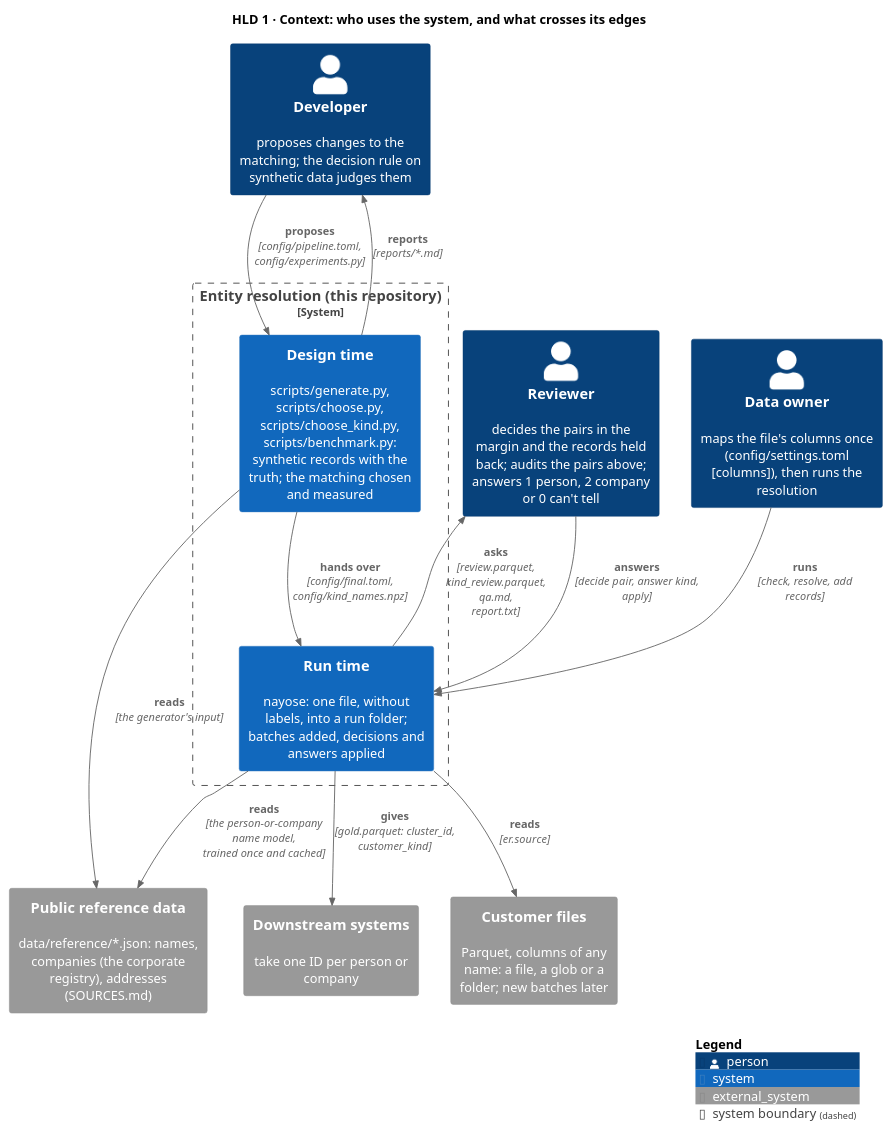
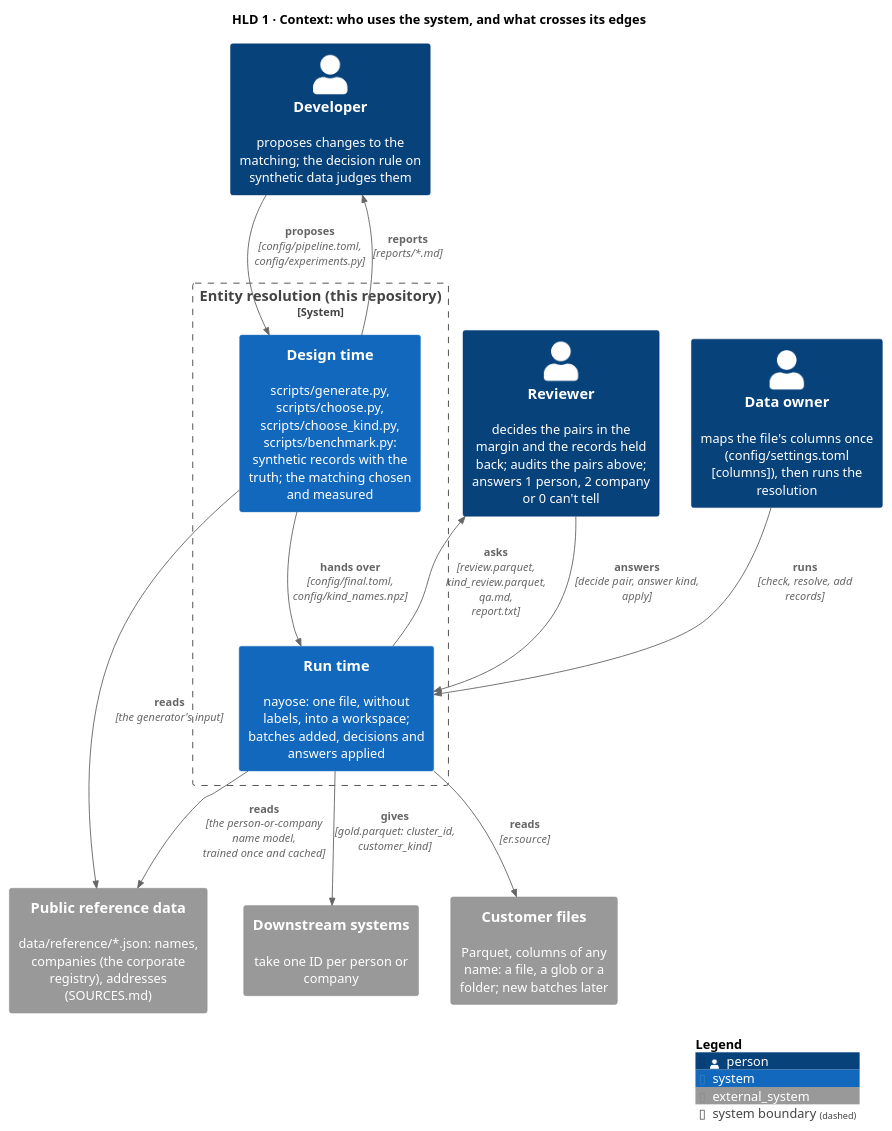
One commit to mvsbm/entity_matching changed the diagram in docs/diagrams/context.puml. Above: the diagram before and after it, drawn with PlantUML. The commit also changed 33 other files, not shown here.

First line of the commit message:
One word for one thing: workspace, on the page and the command line

```diff
--- a/docs/diagrams/context.puml
+++ b/docs/diagrams/context.puml
@@ -1,31 +1,31 @@
 @startuml context
 !include <C4/C4_Context>
 LAYOUT_TOP_DOWN()
 HIDE_STEREOTYPE()
 title HLD 1 · Context: who uses the system, and what crosses its edges
 
 Person(owner, "Data owner", "maps the file's columns once (config/settings.toml [columns]), then runs the resolution")
 Person(reviewer, "Reviewer", "decides the pairs in the margin and the records held back; audits the pairs above; answers 1 person, 2 company or 0 can't tell")
 Person(developer, "Developer", "proposes changes to the matching; the decision rule on synthetic data judges them")
 
 System_Ext(files, "Customer files", "Parquet, columns of any name: a file, a glob or a folder; new batches later")
 System_Ext(reference, "Public reference data", "data/reference/*.json: names, companies (the corporate registry), addresses (SOURCES.md)")
 System_Ext(downstream, "Downstream systems", "take one ID per person or company")
 
 System_Boundary(er, "Entity resolution (this repository)") {
-  System(runtime, "Run time", "nayose: one file, without labels, into a run folder; batches added, decisions and answers applied")
+  System(runtime, "Run time", "nayose: one file, without labels, into a workspace; batches added, decisions and answers applied")
   System(design, "Design time", "scripts/generate.py, scripts/choose.py, scripts/choose_kind.py, scripts/benchmark.py: synthetic records with the truth; the matching chosen and measured")
 }
 
 Rel(owner, runtime, "runs", "check, resolve, add records")
 Rel(runtime, files, "reads", "er.source")
 Rel(runtime, reference, "reads", "the person-or-company name model, trained once and cached")
 Rel(design, reference, "reads", "the generator's input")
 Rel(developer, design, "proposes", "config/pipeline.toml, config/experiments.py")
 Rel(design, developer, "reports", "reports/*.md")
 Rel(design, runtime, "hands over", "config/final.toml, config/kind_names.npz")
 Rel(runtime, reviewer, "asks", "review.parquet, kind_review.parquet, qa.md, report.txt")
 Rel(reviewer, runtime, "answers", "decide pair, answer kind, apply")
 Rel(runtime, downstream, "gives", "gold.parquet: cluster_id, customer_kind")
 SHOW_LEGEND()
 @enduml
```
